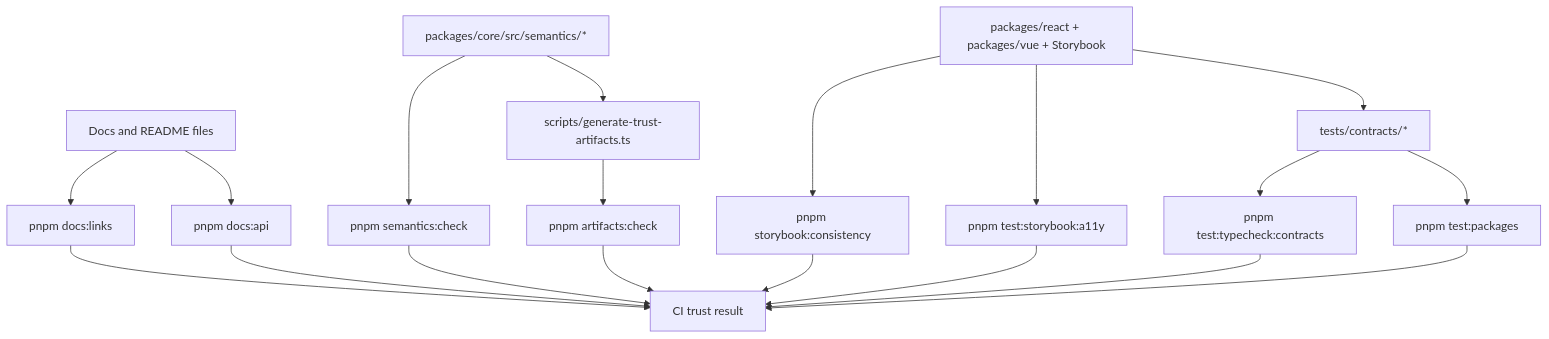
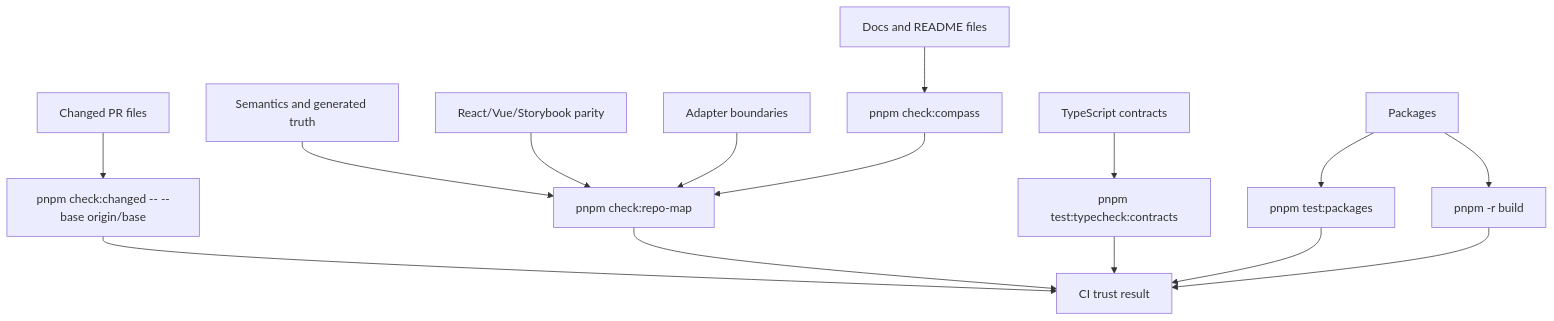
The second of 3 diagrams in docs/reference/governance.md (niklas-westman/marwes), drawn with Mermaid before and after one commit. The commit also changed other lines of this file and 73 other files, not shown here.

First line of the commit message:
Repo stabilization thread map (#29)

````diff
--- a/docs/reference/governance.md
+++ b/docs/reference/governance.md
@@ -94,25 +103,18 @@
 ```mermaid
 graph TD
-  A[Docs and README files] --> B[pnpm docs:links]
-  A --> C[pnpm docs:api]
+  A[Changed PR files] --> Z[pnpm check:changed -- --base origin/base]
+  B[Docs and README files] --> C[pnpm check:compass]
+  D[Semantics and generated truth] --> E[pnpm check:repo-map]
+  F[React/Vue/Storybook parity] --> E
+  G[Adapter boundaries] --> E
+  H[TypeScript contracts] --> I[pnpm test:typecheck:contracts]
+  J[Packages] --> K[pnpm test:packages]
+  J --> L[pnpm -r build]
 
-  D[packages/core/src/semantics/*] --> E[pnpm semantics:check]
-  D --> F[scripts/generate-trust-artifacts.ts]
-
-  F --> G[pnpm artifacts:check]
-
-  H[packages/react + packages/vue + Storybook] --> I[pnpm storybook:consistency]
-  H --> I2[pnpm test:storybook:a11y]
-  H --> J[tests/contracts/*]
-  J --> K[pnpm test:typecheck:contracts]
-  J --> L[pnpm test:packages]
-
-  B --> M[CI trust result]
-  C --> M
+  Z --> M[CI trust result]
+  C --> E
   E --> M
-  G --> M
   I --> M
-  I2 --> M
   K --> M
   L --> M
 ```
````
